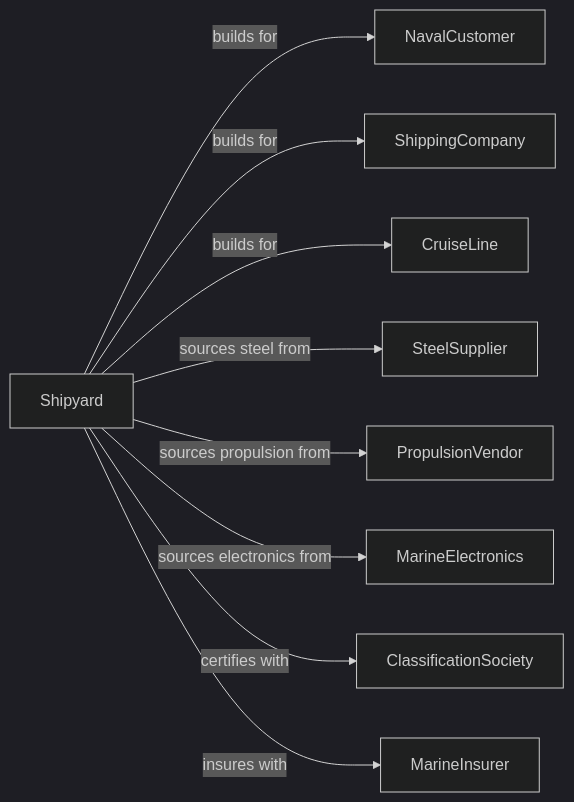
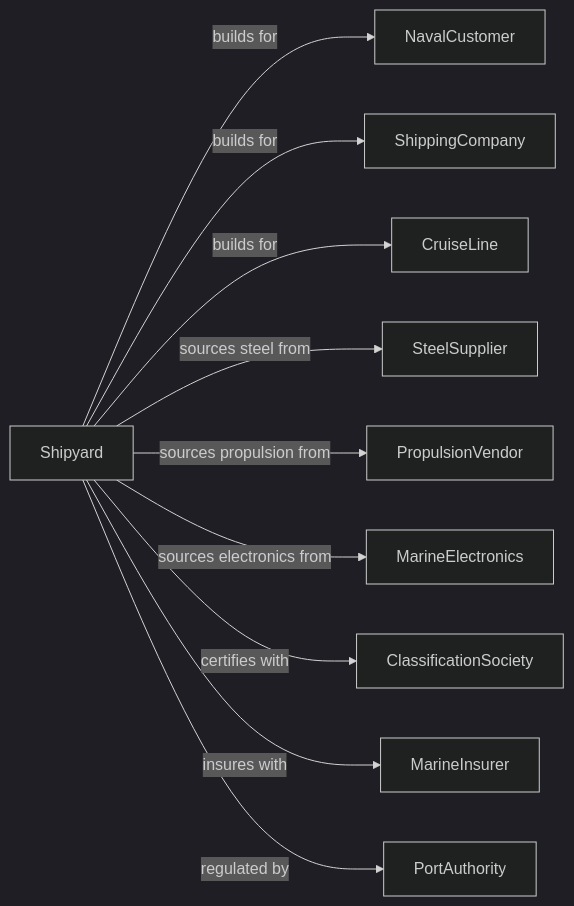
The second of 2 diagrams in Manufacturing/TransportationEquipmentManufacturing/ShipAndBoatBuilding/ShipBuildingAndRepairing.mdx (dot-org-ai/industries.org.ai), drawn with Mermaid (dark theme) before and after one commit. The commit also changed 588 other files, not shown here.

````diff
--- a/Manufacturing/TransportationEquipmentManufacturing/ShipAndBoatBuilding/ShipBuildingAndRepairing.mdx
+++ b/Manufacturing/TransportationEquipmentManufacturing/ShipAndBoatBuilding/ShipBuildingAndRepairing.mdx
@@ -129,13 +129,14 @@
 ```mermaid
 graph LR
     S[Shipyard]
 
     S -->|builds for| NavalCustomer
     S -->|builds for| ShippingCompany
     S -->|builds for| CruiseLine
     S -->|sources steel from| SteelSupplier
     S -->|sources propulsion from| PropulsionVendor
     S -->|sources electronics from| MarineElectronics
     S -->|certifies with| ClassificationSociety
     S -->|insures with| MarineInsurer
+    S -->|regulated by| PortAuthority
 ```
````
